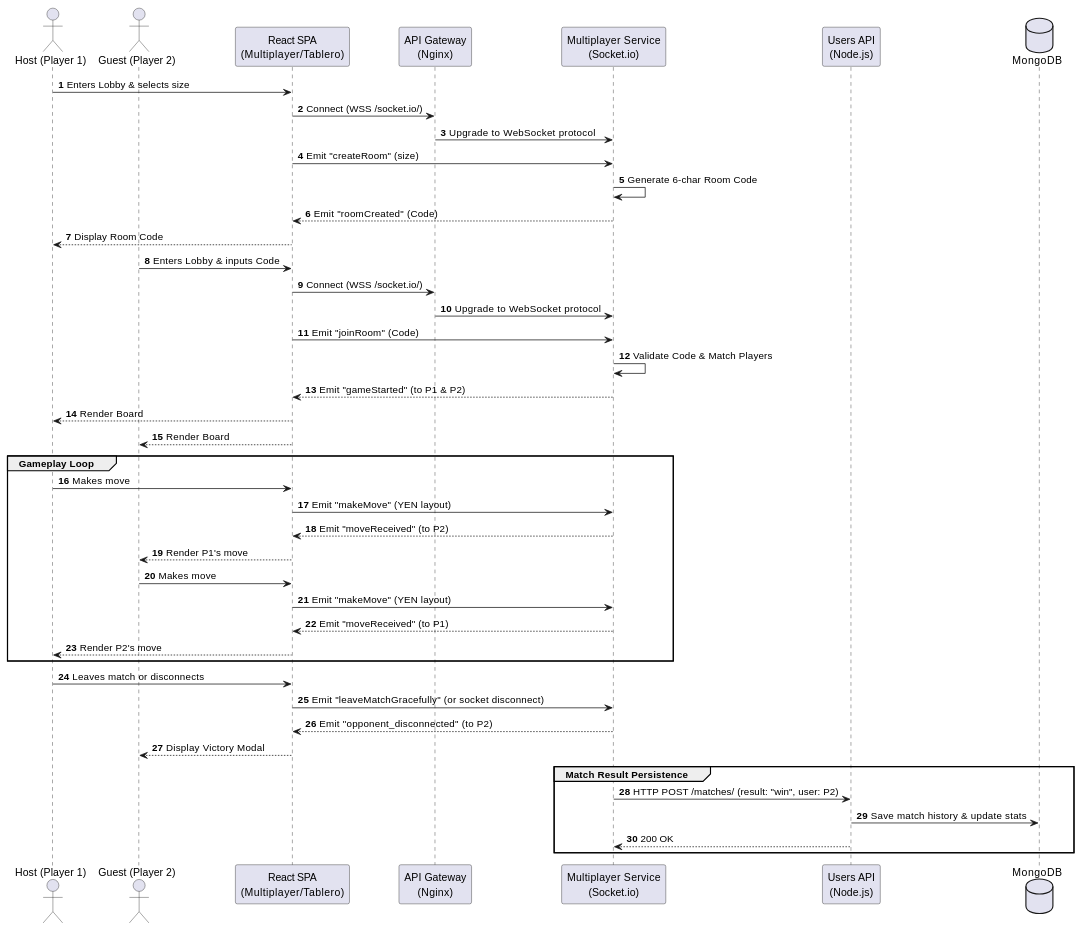
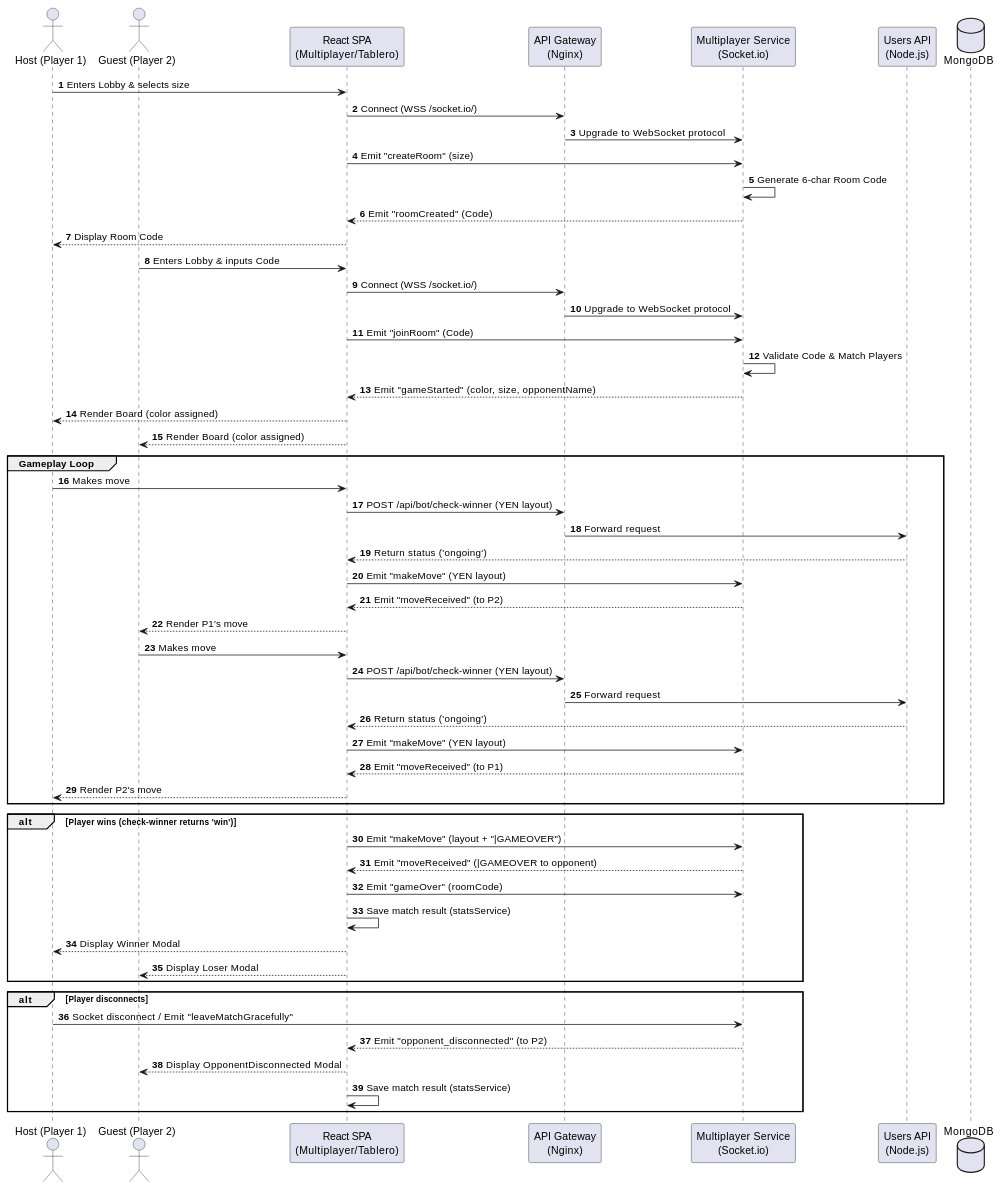
The third of 5 diagrams in docs/src/06_runtime_view.adoc (Arquisoft/yovi_es1a), drawn with PlantUML before and after one commit. The commit also changed other lines of this file, not shown here.

```diff
--- a/docs/src/06_runtime_view.adoc
+++ b/docs/src/06_runtime_view.adoc
@@ -89,53 +101,64 @@
 [plantuml]
 ----
 @startuml
 autonumber
 actor "Host (Player 1)" as P1
 actor "Guest (Player 2)" as P2
 participant "React SPA\n(Multiplayer/Tablero)" as WebApp
 participant "API Gateway\n(Nginx)" as Gateway
 participant "Multiplayer Service\n(Socket.io)" as Multi
 participant "Users API\n(Node.js)" as UsersService
 database MongoDB as Db
 
 P1 -> WebApp: Enters Lobby & selects size
 WebApp -> Gateway: Connect (WSS /socket.io/)
 Gateway -> Multi: Upgrade to WebSocket protocol
 WebApp -> Multi: Emit "createRoom" (size)
 Multi -> Multi: Generate 6-char Room Code
 Multi --> WebApp: Emit "roomCreated" (Code)
 WebApp --> P1: Display Room Code
 
 P2 -> WebApp: Enters Lobby & inputs Code
 WebApp -> Gateway: Connect (WSS /socket.io/)
 Gateway -> Multi: Upgrade to WebSocket protocol
 WebApp -> Multi: Emit "joinRoom" (Code)
 Multi -> Multi: Validate Code & Match Players
-Multi --> WebApp: Emit "gameStarted" (to P1 & P2)
-WebApp --> P1: Render Board
-WebApp --> P2: Render Board
+Multi --> WebApp: Emit "gameStarted" (color, size, opponentName)
+WebApp --> P1: Render Board (color assigned)
+WebApp --> P2: Render Board (color assigned)
 
 group Gameplay Loop
     P1 -> WebApp: Makes move
+    WebApp -> Gateway: POST /api/bot/check-winner (YEN layout)
+    Gateway -> UsersService: Forward request
+    UsersService --> WebApp: Return status ('ongoing')
     WebApp -> Multi: Emit "makeMove" (YEN layout)
     Multi --> WebApp: Emit "moveReceived" (to P2)
     WebApp --> P2: Render P1's move
-    
+
     P2 -> WebApp: Makes move
+    WebApp -> Gateway: POST /api/bot/check-winner (YEN layout)
+    Gateway -> UsersService: Forward request
+    UsersService --> WebApp: Return status ('ongoing')
     WebApp -> Multi: Emit "makeMove" (YEN layout)
     Multi --> WebApp: Emit "moveReceived" (to P1)
     WebApp --> P1: Render P2's move
 end
 
-P1 -> WebApp: Leaves match or disconnects
-WebApp -> Multi: Emit "leaveMatchGracefully" (or socket disconnect)
-Multi --> WebApp: Emit "opponent_disconnected" (to P2)
-WebApp --> P2: Display Victory Modal
+alt Player wins (check-winner returns 'win')
+    WebApp -> Multi: Emit "makeMove" (layout + "|GAMEOVER")
+    Multi --> WebApp: Emit "moveReceived" (|GAMEOVER to opponent)
+    WebApp -> Multi: Emit "gameOver" (roomCode)
+    WebApp -> WebApp: Save match result (statsService)
+    WebApp --> P1: Display Winner Modal
+    WebApp --> P2: Display Loser Modal
+end
 
-group Match Result Persistence
-    Multi -> UsersService: HTTP POST /matches/ (result: "win", user: P2)
-    UsersService -> Db: Save match history & update stats
-    UsersService --> Multi: 200 OK
+alt Player disconnects
+    P1 -> Multi: Socket disconnect / Emit "leaveMatchGracefully"
+    Multi --> WebApp: Emit "opponent_disconnected" (to P2)
+    WebApp --> P2: Display OpponentDisconnected Modal
+    WebApp -> WebApp: Save match result (statsService)
 end
 @enduml
 ----
```
